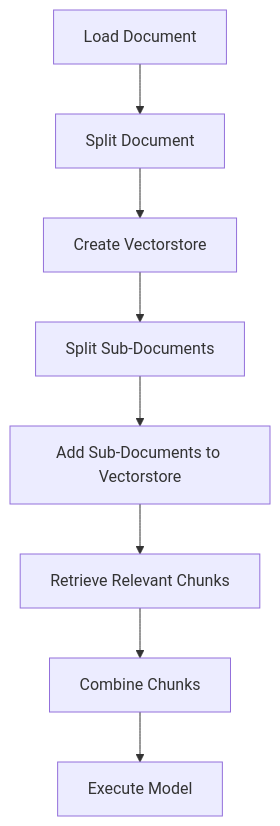
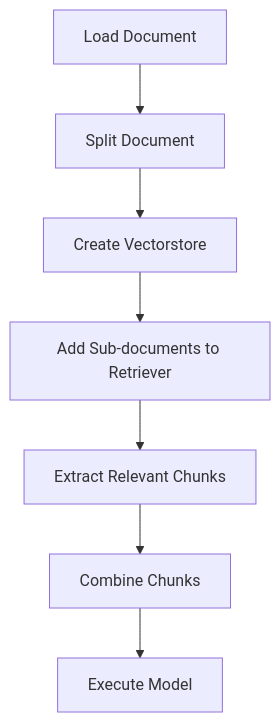
One commit to Patotricks15/Generative-AI-projects changed the diagram in nike_executive_officers_information_extraction/README.md. Above: the diagram before and after it, drawn with Mermaid. The commit also changed other lines of this file and 22 other files, not shown here.

````diff
--- a/nike_executive_officers_information_extraction/README.md
+++ b/nike_executive_officers_information_extraction/README.md
@@ -11,10 +11,9 @@
 ```mermaid
 flowchart TD
 A[Load Document] --> B[Split Document]
 B --> C[Create Vectorstore]
-C --> D[Split Sub-Documents]
-D --> E[Add Sub-Documents to Vectorstore]
-E --> F[Retrieve Relevant Chunks]
-F --> G[Combine Chunks]
-G --> H[Execute Model]
+C --> D[Add Sub-documents to Retriever]
+D --> E[Extract Relevant Chunks]
+E --> F[Combine Chunks]
+F --> G[Execute Model]
 ```
````
